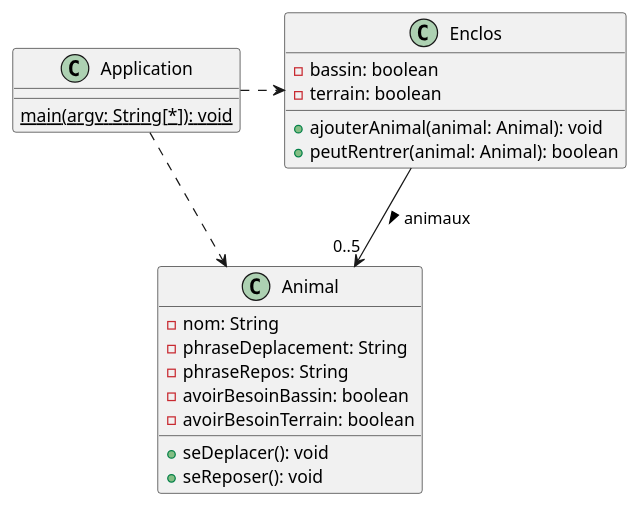
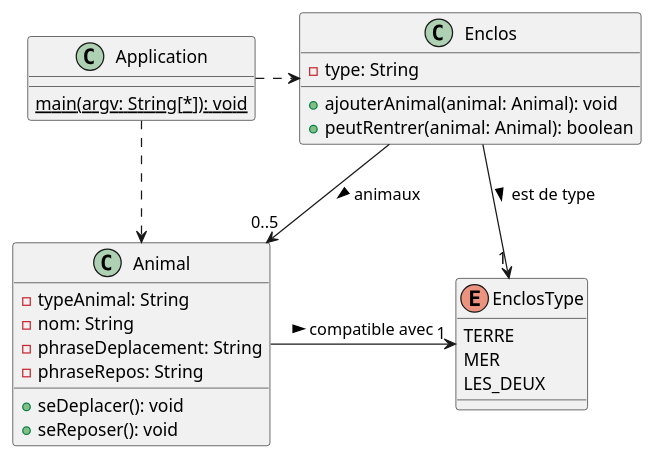
One commit to jponcy/java_eni_example changed the first of 3 diagrams in doc/zoo.iuml. Above: the diagram before and after it, drawn with PlantUML. The commit also changed other lines of this file and 2 other files, not shown here.

```diff
--- a/doc/zoo.iuml
+++ b/doc/zoo.iuml
@@ -1,27 +1,37 @@
 @startuml Zoo_v0
+enum EnclosType {
+    TERRE
+    MER
+    LES_DEUX
+}
+
 class Enclos {
-    -bassin: boolean
-    -terrain: boolean
+    -type: String
+    ' -bassin: boolean
+    ' -terrain: boolean
     +ajouterAnimal(animal: Animal): void
     +peutRentrer(animal: Animal): boolean
 }
 
 class Animal {
+    -typeAnimal: String
     -nom: String
     -phraseDeplacement: String
     -phraseRepos: String
-    -avoirBesoinBassin: boolean
-    -avoirBesoinTerrain: boolean
+    ' -avoirBesoinBassin: boolean
+    ' -avoirBesoinTerrain: boolean
     +seDeplacer(): void
     +seReposer(): void
 }
 
 Enclos --> "0..5" Animal: animaux >
+Enclos -> "1" EnclosType: est de type >
+Animal -> "1" EnclosType: compatible avec >
 
 class Application {
     {static} main(argv: String[*]): void
 }
 
 Application .> Enclos
 Application .> Animal
 @enduml
```
